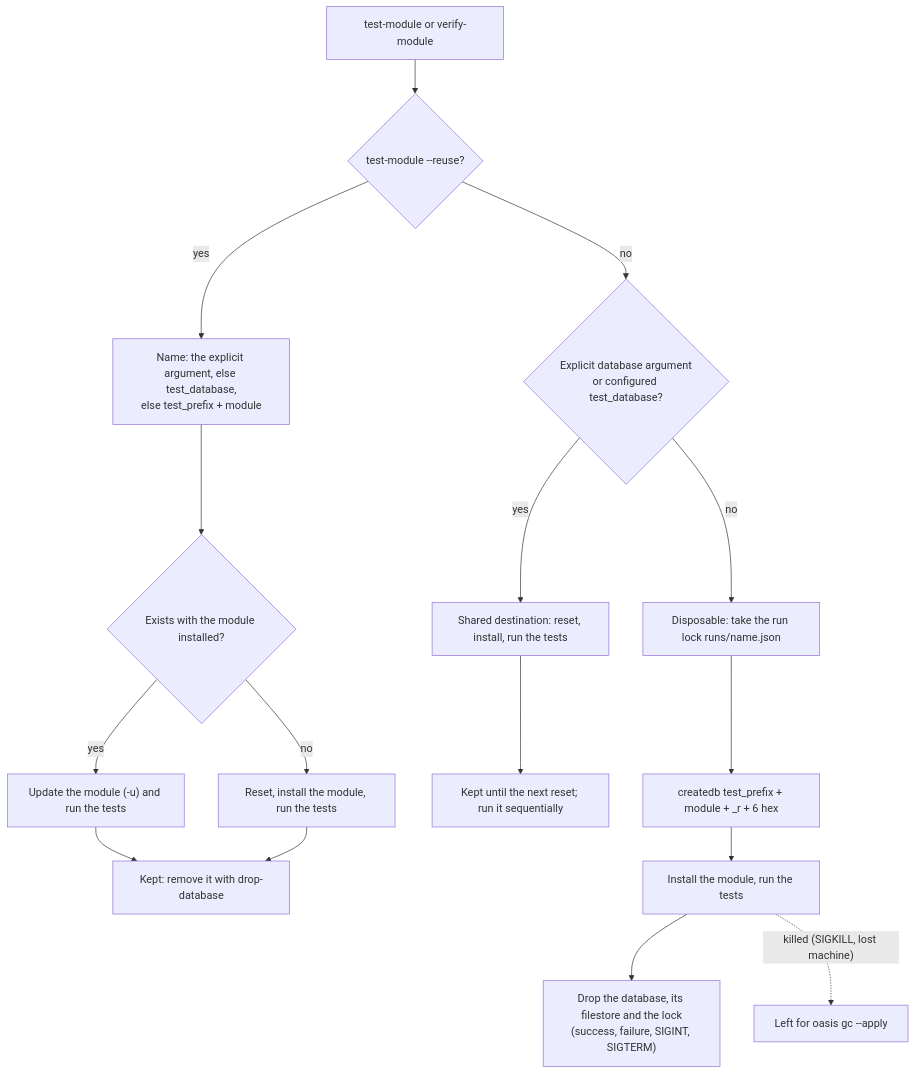
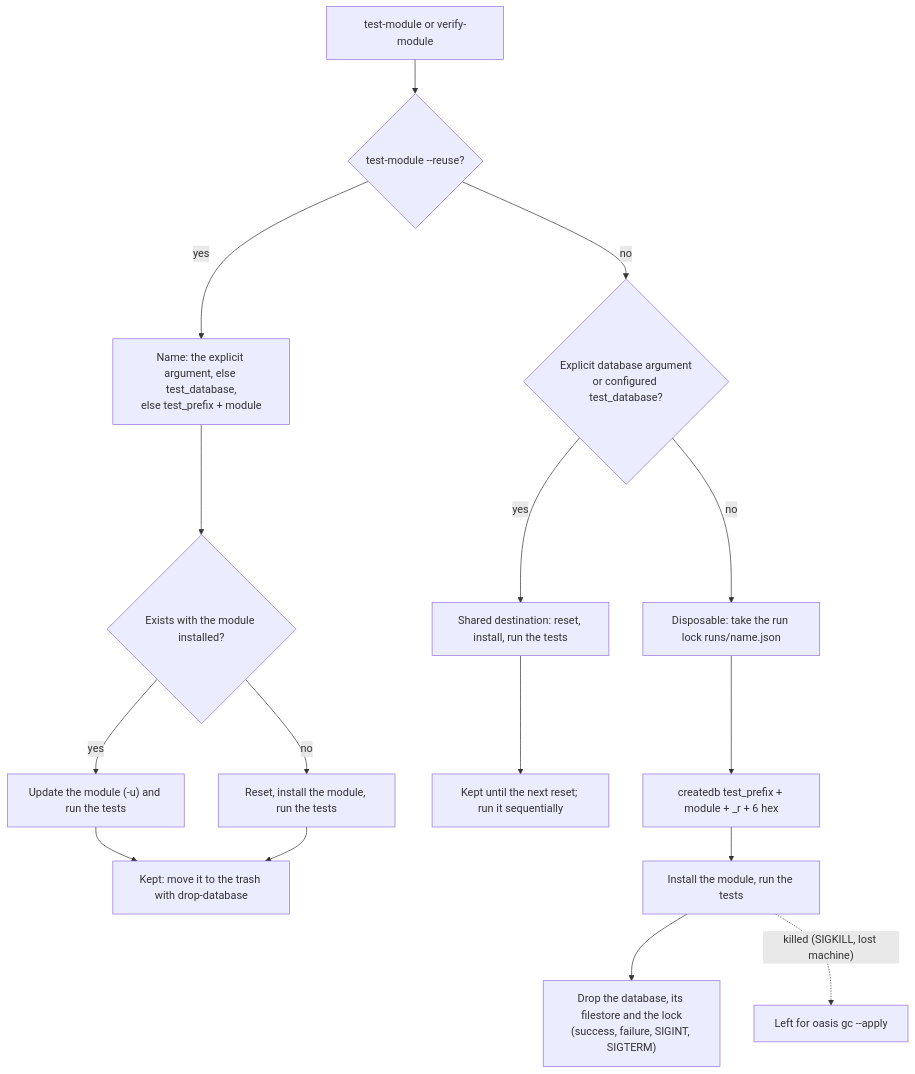
The diagram in docs/testing.md (skhol3/oasis), drawn with Mermaid before and after one commit. The commit also changed other lines of this file and 23 other files, not shown here.

First line of the commit message:
feat!: move dropped databases to a trash, with a plan first

````diff
--- a/docs/testing.md
+++ b/docs/testing.md
@@ -6,18 +6,18 @@
 ```mermaid
 flowchart TD
     A["test-module or verify-module"] --> R{"test-module --reuse?"}
     R -->|yes| RN["Name: the explicit argument, else test_database,<br/>else test_prefix + module"]
     RN --> RI{"Exists with the module installed?"}
     RI -->|yes| UP["Update the module (-u) and run the tests"]
     RI -->|no| RS["Reset, install the module, run the tests"]
-    UP --> KEEP["Kept: remove it with drop-database"]
+    UP --> KEEP["Kept: move it to the trash with drop-database"]
     RS --> KEEP
     R -->|no| E{"Explicit database argument<br/>or configured test_database?"}
     E -->|yes| SH["Shared destination: reset, install, run the tests"]
     SH --> SEQ["Kept until the next reset; run it sequentially"]
     E -->|no| L["Disposable: take the run lock runs/name.json"]
     L --> CR["createdb test_prefix + module + _r + 6 hex"]
     CR --> T["Install the module, run the tests"]
     T --> DROP["Drop the database, its filestore and the lock<br/>(success, failure, SIGINT, SIGTERM)"]
     T -.->|"killed (SIGKILL, lost machine)"| GC["Left for oasis gc --apply"]
 ```
````
